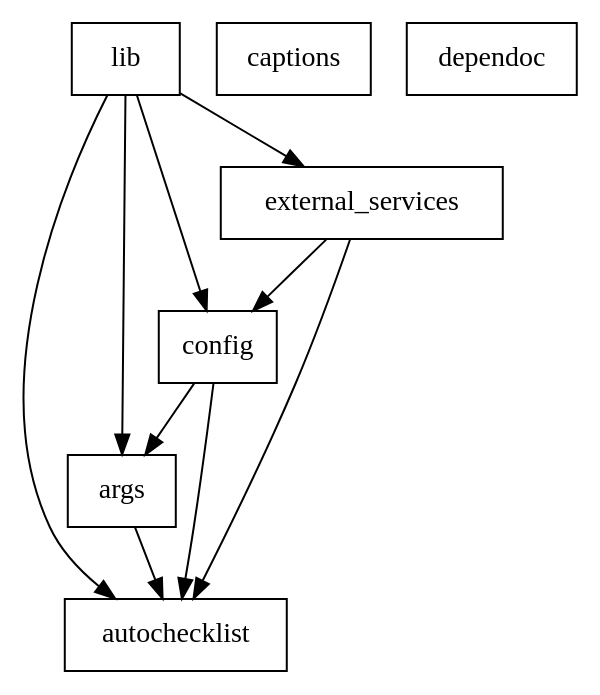
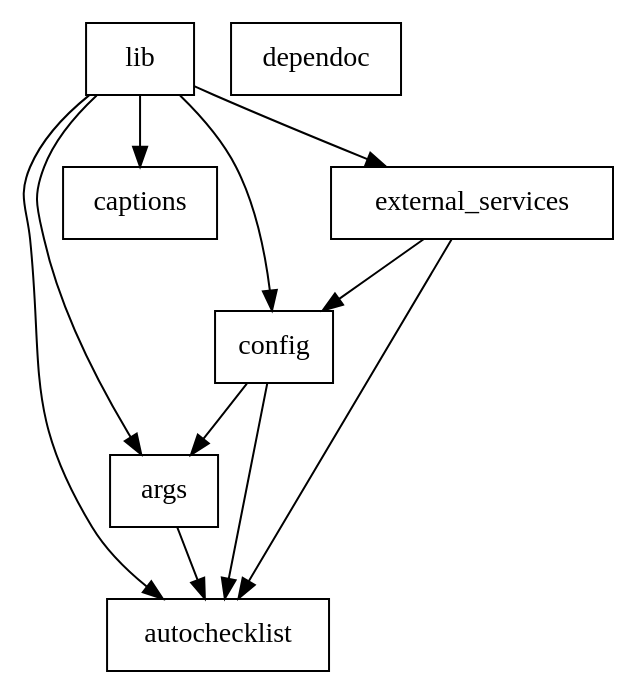
The diagram in scripts/dependoc/dependencies.dot (recc-tech/tech), drawn with Graphviz before and after one commit. The commit also changed 8 other files, not shown here.

```diff
--- a/scripts/dependoc/dependencies.dot
+++ b/scripts/dependoc/dependencies.dot
@@ -1,16 +1,16 @@
 digraph G {
     "args" [shape="rect"];
     "args" -> {"autochecklist"};
     "autochecklist" [shape="rect"];
     "autochecklist" -> {};
     "captions" [shape="rect"];
     "captions" -> {};
     "config" [shape="rect"];
     "config" -> {"args", "autochecklist"};
     "dependoc" [shape="rect"];
     "dependoc" -> {};
     "external_services" [shape="rect"];
     "external_services" -> {"autochecklist", "config"};
     "lib" [shape="rect"];
-    "lib" -> {"args", "autochecklist", "config", "external_services"};
+    "lib" -> {"args", "autochecklist", "captions", "config", "external_services"};
 }
```
